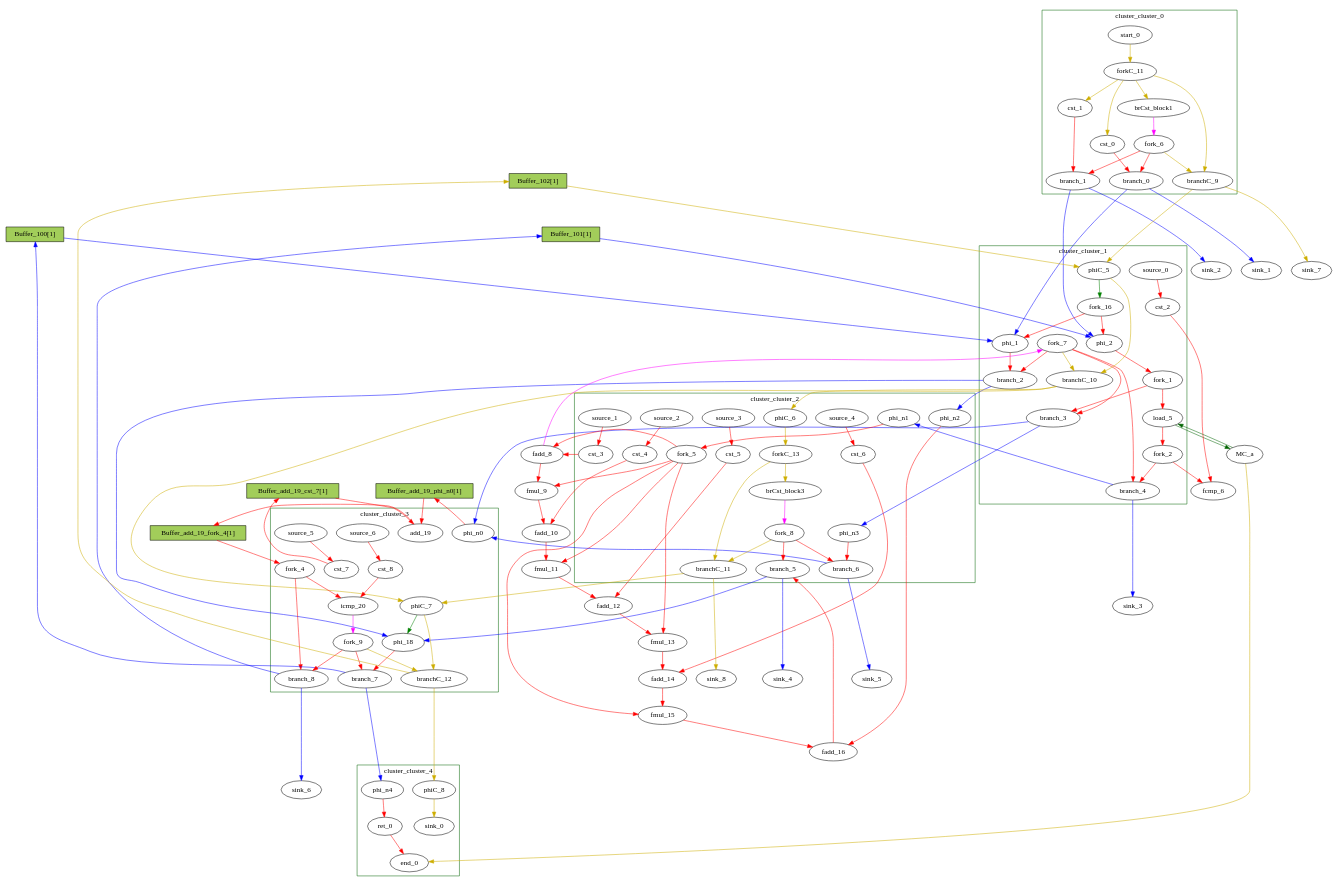
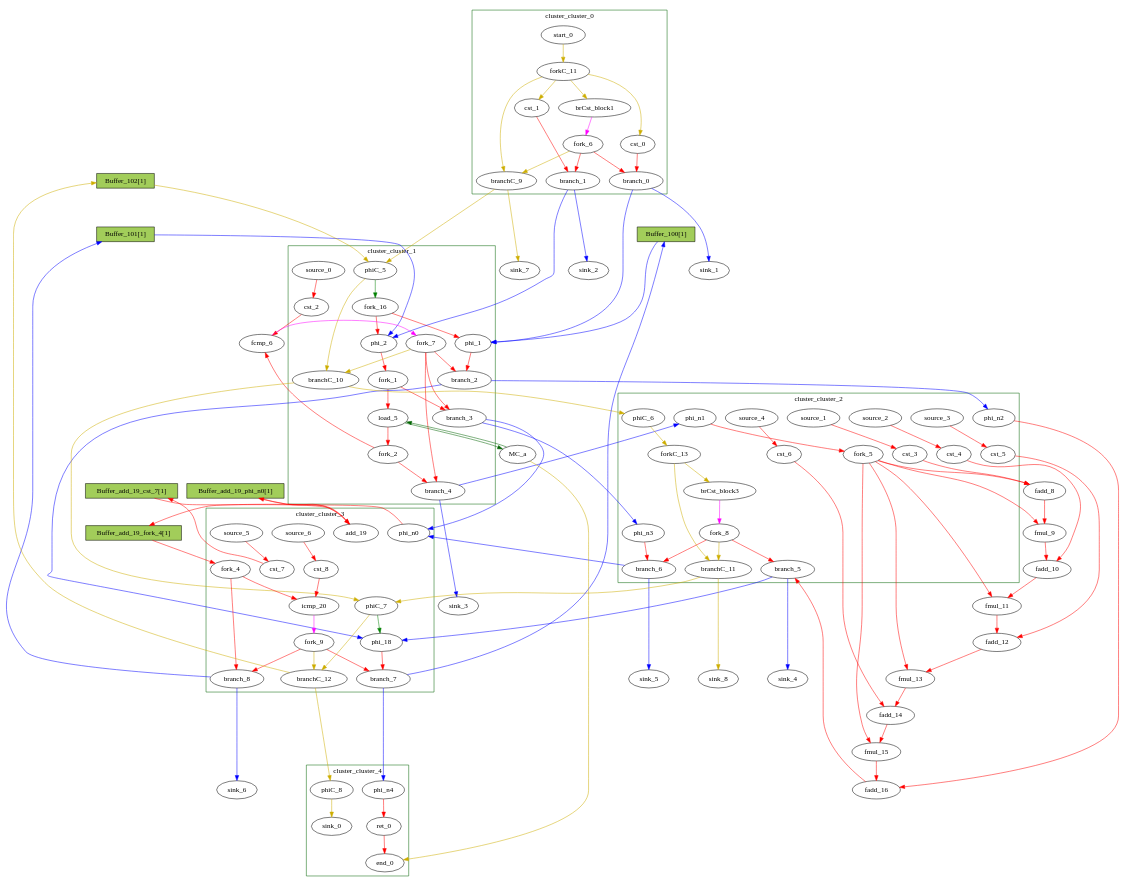
Before and after one commit to Nozidoali/MapBuf: the diagram in RegressionTest/Examples/gsum/reports/gsum_madbuf.dot, drawn with Graphviz. The commit also changed 155 other files, not shown here.

```diff
--- a/RegressionTest/Examples/gsum/reports/gsum_madbuf.dot
+++ b/RegressionTest/Examples/gsum/reports/gsum_madbuf.dot
@@ -17,19 +17,6 @@
 		"branchC_10" [type="Branch", in="in1:0 in2?:1", out="out1+:0 out2-:0", bbID=2];
 		"source_0" [type="Source", out="out1:32", bbID=2];
 		"fork_16" [type="Fork", in="in1:1", out="out1:1 out2:1 ", bbID=2];
-	}
-	subgraph cluster_cluster_cluster_0 {
-	color = "darkgreen";
-label = "cluster_cluster_0";
-		"brCst_block1" [type="Constant", in="in1:1", out="out1:1", bbID=1, value="0x1"];
-		"cst_0" [type="Constant", in="in1:32", out="out1:32", bbID=1, value="0x00000000"];
-		"cst_1" [type="Constant", in="in1:1", out="out1:1", bbID=1, value="0x00000000"];
-		"branch_0" [type="Branch", in="in1:32 in2?:1", out="out1+:32 out2-:32", bbID=1];
-		"branch_1" [type="Branch", in="in1:1 in2?:1", out="out1+:1 out2-:1", bbID=1];
-		"fork_6" [type="Fork", in="in1:1", out="out1:1 out2:1 out3:1 ", bbID=1];
-		"start_0" [type="Entry", in="in1:0", out="out1:0", bbID=1, control="true"];
-		"forkC_11" [type="Fork", in="in1:0", out="out1:0 out2:0 out3:0 out4:0 ", bbID=1];
-		"branchC_9" [type="Branch", in="in1:0 in2?:1", out="out1+:0 out2-:0", bbID=1];
 	}
 	subgraph cluster_cluster_cluster_2 {
 	color = "darkgreen";
@@ -72,6 +59,19 @@
 		"source_5" [type="Source", out="out1:1", bbID=4];
 		"source_6" [type="Source", out="out1:10", bbID=4];
 	}
+	subgraph cluster_cluster_cluster_0 {
+	color = "darkgreen";
+label = "cluster_cluster_0";
+		"brCst_block1" [type="Constant", in="in1:1", out="out1:1", bbID=1, value="0x1"];
+		"cst_0" [type="Constant", in="in1:32", out="out1:32", bbID=1, value="0x00000000"];
+		"cst_1" [type="Constant", in="in1:1", out="out1:1", bbID=1, value="0x00000000"];
+		"branch_0" [type="Branch", in="in1:32 in2?:1", out="out1+:32 out2-:32", bbID=1];
+		"branch_1" [type="Branch", in="in1:1 in2?:1", out="out1+:1 out2-:1", bbID=1];
+		"fork_6" [type="Fork", in="in1:1", out="out1:1 out2:1 out3:1 ", bbID=1];
+		"start_0" [type="Entry", in="in1:0", out="out1:0", bbID=1, control="true"];
+		"forkC_11" [type="Fork", in="in1:0", out="out1:0 out2:0 out3:0 out4:0 ", bbID=1];
+		"branchC_9" [type="Branch", in="in1:0 in2?:1", out="out1+:0 out2-:0", bbID=1];
+	}
 	subgraph cluster_cluster_cluster_4 {
 	color = "darkgreen";
 label = "cluster_cluster_4";
@@ -106,32 +106,6 @@
 		"fadd_14" [type="Operator", in="in1:32 in2:32 ", out="out1:32 ", bbID=3, II=1, delay=0.0, latency=10, op="fadd_op"];
 		"fmul_15" [type="Operator", in="in1:32 in2:32", out="out1:32 ", bbID=3, II=1, delay=0.0, latency=6, op="fmul_op"];
 		"fadd_16" [type="Operator", in="in1:32 in2:32 ", out="out1:32 ", bbID=3, II=1, delay=0.0, latency=10, op="fadd_op"];
-		"phi_1" -> "branch_2" [color = "red", from = "out1", to = "in1"];
-		"phi_2" -> "fork_1" [color = "red", from = "out1", to = "in1"];
-		"load_5" -> "fork_2" [color = "red", from = "out1", to = "in1"];
-		"load_5" -> "MC_a" [color = "darkgreen", mem_address = "true", from = "out2", to = "in1"];
-		"cst_2" -> "fcmp_6" [color = "red", from = "out1", to = "in2"];
-		"fork_1" -> "load_5" [color = "red", from = "out1", to = "in2"];
-		"fork_1" -> "branch_3" [color = "red", from = "out2", to = "in1"];
-		"fork_2" -> "branch_4" [color = "red", from = "out2", to = "in1"];
-		"fork_2" -> "fcmp_6" [color = "red", from = "out1", to = "in1"];
-		"branch_2" -> "phi_n2" [color = "blue", from = "out2", to = "in1", minlen = 3];
-		"branch_2" -> "phi_18" [color = "blue", from = "out1", to = "in2", minlen = 3];
-		"branch_3" -> "phi_n3" [color = "blue", from = "out2", to = "in1", minlen = 3];
-		"branch_3" -> "phi_n0" [color = "blue", from = "out1", to = "in1", minlen = 3];
-		"branch_4" -> "phi_n1" [color = "blue", from = "out2", to = "in1", minlen = 3];
-		"branch_4" -> "sink_3" [color = "blue", from = "out1", to = "in1", minlen = 3];
-		"fork_7" -> "branch_2" [color = "red", from = "out3", to = "in2"];
-		"fork_7" -> "branch_3" [color = "red", from = "out2", to = "in2"];
-		"fork_7" -> "branch_4" [color = "red", from = "out1", to = "in2"];
-		"fork_7" -> "branchC_10" [color = "gold3", from = "out4", to = "in2"];
-		"phiC_5" -> "branchC_10" [color = "gold3", from = "out1", to = "in1"];
-		"phiC_5" -> "fork_16" [color = "green", from = "out2", to = "in1"];
-		"branchC_10" -> "phiC_6" [color = "gold3", from = "out2", to = "in1", minlen = 3];
-		"branchC_10" -> "phiC_7" [color = "gold3", from = "out1", to = "in1", minlen = 3];
-		"source_0" -> "cst_2" [color = "red", from = "out1", to = "in1"];
-		"fork_16" -> "phi_1" [color = "red", from = "out1", to = "in1"];
-		"fork_16" -> "phi_2" [color = "red", from = "out2", to = "in1"];
 		"brCst_block1" -> "fork_6" [color = "magenta", from = "out1", to = "in1"];
 		"cst_0" -> "branch_0" [color = "red", from = "out1", to = "in1"];
 		"cst_1" -> "branch_1" [color = "red", from = "out1", to = "in1"];
@@ -149,6 +123,27 @@
 		"forkC_11" -> "branchC_9" [color = "gold3", from = "out3", to = "in1"];
 		"branchC_9" -> "phiC_5" [color = "gold3", from = "out1", to = "in1", minlen = 3];
 		"branchC_9" -> "sink_7" [color = "gold3", from = "out2", to = "in1", minlen = 3];
+		"phi_18" -> "branch_7" [color = "red", from = "out1", to = "in1"];
+		"cst_7" -> "Buffer_add_19_cst_7" [color = "red", from = "out1", to = "in1"];
+		"add_19" -> "Buffer_add_19_fork_4" [color = "red", from = "out1", to = "in1"];
+		"cst_8" -> "icmp_20" [color = "red", from = "out1", to = "in2"];
+		"icmp_20" -> "fork_9" [color = "magenta", from = "out1", to = "in1"];
+		"phi_n0" -> "Buffer_add_19_phi_n0" [color = "red", from = "out1", to = "in1"];
+		"fork_4" -> "icmp_20" [color = "red", from = "out1", to = "in1"];
+		"fork_4" -> "branch_8" [color = "red", from = "out2", to = "in1"];
+		"branch_7" -> "phi_n4" [color = "blue", from = "out2", to = "in1", minlen = 3];
+		"branch_7" -> "Buffer_100" [color = "blue", from = "out1", to = "in1", minlen = 3];
+		"branch_8" -> "sink_6" [color = "blue", from = "out2", to = "in1", minlen = 3];
+		"branch_8" -> "Buffer_101" [color = "blue", from = "out1", to = "in1", minlen = 3];
+		"fork_9" -> "branch_7" [color = "red", from = "out2", to = "in2"];
+		"fork_9" -> "branch_8" [color = "red", from = "out1", to = "in2"];
+		"fork_9" -> "branchC_12" [color = "gold3", from = "out3", to = "in2"];
+		"phiC_7" -> "phi_18" [color = "green", from = "out2", to = "in1"];
+		"phiC_7" -> "branchC_12" [color = "gold3", from = "out1", to = "in1"];
+		"branchC_12" -> "phiC_8" [color = "gold3", from = "out2", to = "in1", minlen = 3];
+		"branchC_12" -> "Buffer_102" [color = "gold3", from = "out1", to = "in1", minlen = 3];
+		"source_5" -> "cst_7" [color = "red", from = "out1", to = "in1"];
+		"source_6" -> "cst_8" [color = "red", from = "out1", to = "in1"];
 		"cst_3" -> "fadd_8" [color = "red", from = "out1", to = "in2"];
 		"cst_4" -> "fadd_10" [color = "red", from = "out1", to = "in2"];
 		"cst_5" -> "fadd_12" [color = "red", from = "out1", to = "in2"];
@@ -178,27 +173,32 @@
 		"source_2" -> "cst_4" [color = "red", from = "out1", to = "in1"];
 		"source_3" -> "cst_5" [color = "red", from = "out1", to = "in1"];
 		"source_4" -> "cst_6" [color = "red", from = "out1", to = "in1"];
-		"phi_18" -> "branch_7" [color = "red", from = "out1", to = "in1"];
-		"cst_7" -> "Buffer_add_19_cst_7" [color = "red", from = "out1", to = "in1"];
-		"add_19" -> "Buffer_add_19_fork_4" [color = "red", from = "out1", to = "in1"];
-		"cst_8" -> "icmp_20" [color = "red", from = "out1", to = "in2"];
-		"icmp_20" -> "fork_9" [color = "magenta", from = "out1", to = "in1"];
-		"phi_n0" -> "Buffer_add_19_phi_n0" [color = "red", from = "out1", to = "in1"];
-		"fork_4" -> "icmp_20" [color = "red", from = "out1", to = "in1"];
-		"fork_4" -> "branch_8" [color = "red", from = "out2", to = "in1"];
-		"branch_7" -> "phi_n4" [color = "blue", from = "out2", to = "in1", minlen = 3];
-		"branch_7" -> "Buffer_100" [color = "blue", from = "out1", to = "in1", minlen = 3];
-		"branch_8" -> "sink_6" [color = "blue", from = "out2", to = "in1", minlen = 3];
-		"branch_8" -> "Buffer_101" [color = "blue", from = "out1", to = "in1", minlen = 3];
-		"fork_9" -> "branch_7" [color = "red", from = "out2", to = "in2"];
-		"fork_9" -> "branch_8" [color = "red", from = "out1", to = "in2"];
-		"fork_9" -> "branchC_12" [color = "gold3", from = "out3", to = "in2"];
-		"phiC_7" -> "phi_18" [color = "green", from = "out2", to = "in1"];
-		"phiC_7" -> "branchC_12" [color = "gold3", from = "out1", to = "in1"];
-		"branchC_12" -> "phiC_8" [color = "gold3", from = "out2", to = "in1", minlen = 3];
-		"branchC_12" -> "Buffer_102" [color = "gold3", from = "out1", to = "in1", minlen = 3];
-		"source_5" -> "cst_7" [color = "red", from = "out1", to = "in1"];
-		"source_6" -> "cst_8" [color = "red", from = "out1", to = "in1"];
+		"phi_1" -> "branch_2" [color = "red", from = "out1", to = "in1"];
+		"phi_2" -> "fork_1" [color = "red", from = "out1", to = "in1"];
+		"load_5" -> "fork_2" [color = "red", from = "out1", to = "in1"];
+		"load_5" -> "MC_a" [color = "darkgreen", mem_address = "true", from = "out2", to = "in1"];
+		"cst_2" -> "fcmp_6" [color = "red", from = "out1", to = "in2"];
+		"fork_1" -> "load_5" [color = "red", from = "out1", to = "in2"];
+		"fork_1" -> "branch_3" [color = "red", from = "out2", to = "in1"];
+		"fork_2" -> "branch_4" [color = "red", from = "out2", to = "in1"];
+		"fork_2" -> "fcmp_6" [color = "red", from = "out1", to = "in1"];
+		"branch_2" -> "phi_18" [color = "blue", from = "out1", to = "in2", minlen = 3];
+		"branch_2" -> "phi_n2" [color = "blue", from = "out2", to = "in1", minlen = 3];
+		"branch_3" -> "phi_n0" [color = "blue", from = "out1", to = "in1", minlen = 3];
+		"branch_3" -> "phi_n3" [color = "blue", from = "out2", to = "in1", minlen = 3];
+		"branch_4" -> "phi_n1" [color = "blue", from = "out2", to = "in1", minlen = 3];
+		"branch_4" -> "sink_3" [color = "blue", from = "out1", to = "in1", minlen = 3];
+		"fork_7" -> "branch_2" [color = "red", from = "out3", to = "in2"];
+		"fork_7" -> "branch_3" [color = "red", from = "out2", to = "in2"];
+		"fork_7" -> "branch_4" [color = "red", from = "out1", to = "in2"];
+		"fork_7" -> "branchC_10" [color = "gold3", from = "out4", to = "in2"];
+		"phiC_5" -> "branchC_10" [color = "gold3", from = "out1", to = "in1"];
+		"phiC_5" -> "fork_16" [color = "green", from = "out2", to = "in1"];
+		"branchC_10" -> "phiC_7" [color = "gold3", from = "out1", to = "in1", minlen = 3];
+		"branchC_10" -> "phiC_6" [color = "gold3", from = "out2", to = "in1", minlen = 3];
+		"source_0" -> "cst_2" [color = "red", from = "out1", to = "in1"];
+		"fork_16" -> "phi_1" [color = "red", from = "out1", to = "in1"];
+		"fork_16" -> "phi_2" [color = "red", from = "out2", to = "in1"];
 		"ret_0" -> "end_0" [color = "red", from = "out1", to = "in2"];
 		"phi_n4" -> "ret_0" [color = "red", from = "out1", to = "in1"];
 		"phiC_8" -> "sink_0" [color = "gold3", from = "out1", to = "in1"];
@@ -210,7 +210,7 @@
 		"Buffer_add_19_fork_4" -> "fork_4" [color = "red", from = "out1", to = "in1"];
 		"Buffer_add_19_cst_7" -> "add_19" [color = "red", from = "out1", to = "in2"];
 		"Buffer_add_19_phi_n0" -> "add_19" [color = "red", from = "out1", to = "in1"];
-		"fadd_8" -> "fork_7" [color = "magenta", from = "out1", to = "in1"];
+		"fcmp_6" -> "fork_7" [color = "magenta", from = "out1", to = "in1"];
 		"fadd_8" -> "fmul_9" [color = "red", from = "out1", to = "in1"];
 		"fmul_9" -> "fadd_10" [color = "red", from = "out1", to = "in1"];
 		"fadd_10" -> "fmul_11" [color = "red", from = "out1", to = "in1"];
```
